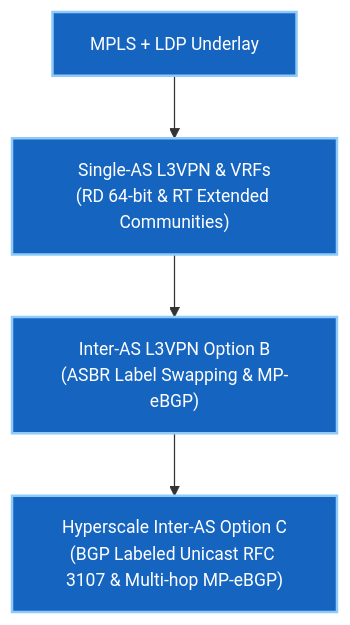
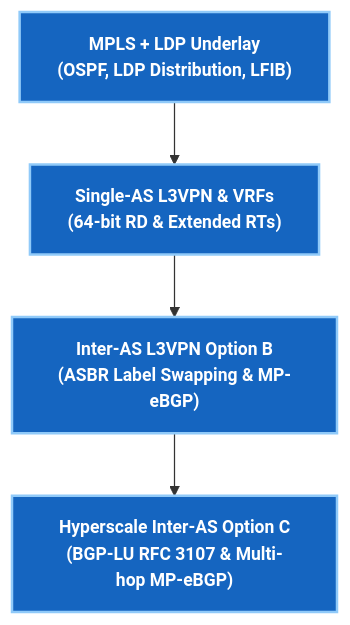
Before and after one commit to etherhtun/netforge-labs: the second of 2 diagrams in docs/courses/03-mpls-l3vpn/index.md, drawn with Mermaid. The commit also changed other lines of this file and 4 other files, not shown here.

Commit message:
style(mpls-l3vpn): update Phase 3 diagrams with high-contrast, bold colors for maximum legibility

````diff
--- a/docs/courses/03-mpls-l3vpn/index.md
+++ b/docs/courses/03-mpls-l3vpn/index.md
@@ -24,8 +58,9 @@
 ```mermaid
 graph TD
-    A["MPLS + LDP Underlay"] --> B["Single-AS L3VPN & VRFs<br/>(RD 64-bit & RT Extended Communities)"]
+    A["MPLS + LDP Underlay<br/>(OSPF, LDP Distribution, LFIB)"] --> B["Single-AS L3VPN & VRFs<br/>(64-bit RD & Extended RTs)"]
     B --> C["Inter-AS L3VPN Option B<br/>(ASBR Label Swapping & MP-eBGP)"]
-    C --> D["Hyperscale Inter-AS Option C<br/>(BGP Labeled Unicast RFC 3107 & Multi-hop MP-eBGP)"]
-    classDef s fill:#1565c0,stroke:#90caf9,color:#ffffff,stroke-width:2px,font-size:14px;
+    C --> D["Hyperscale Inter-AS Option C<br/>(BGP-LU RFC 3107 & Multi-hop MP-eBGP)"]
+    
+    classDef s fill:#1565c0,stroke:#90caf9,color:#ffffff,stroke-width:2px,font-size:14px,font-weight:bold;
     class A,B,C,D s;
 ```
````
